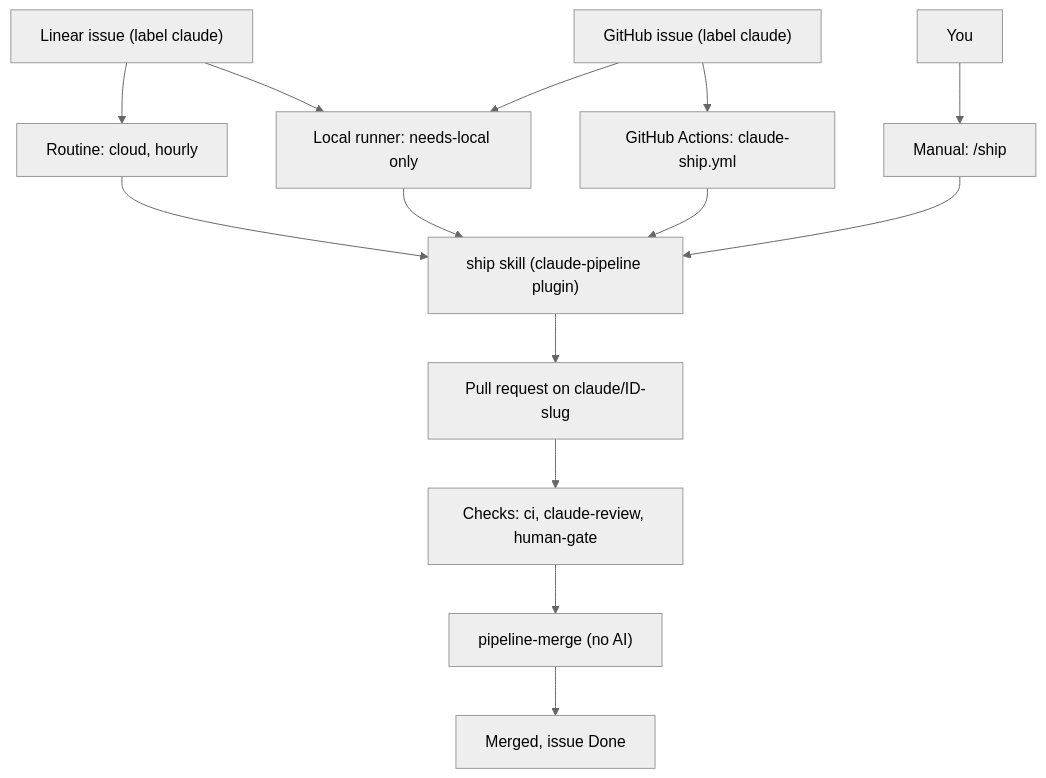
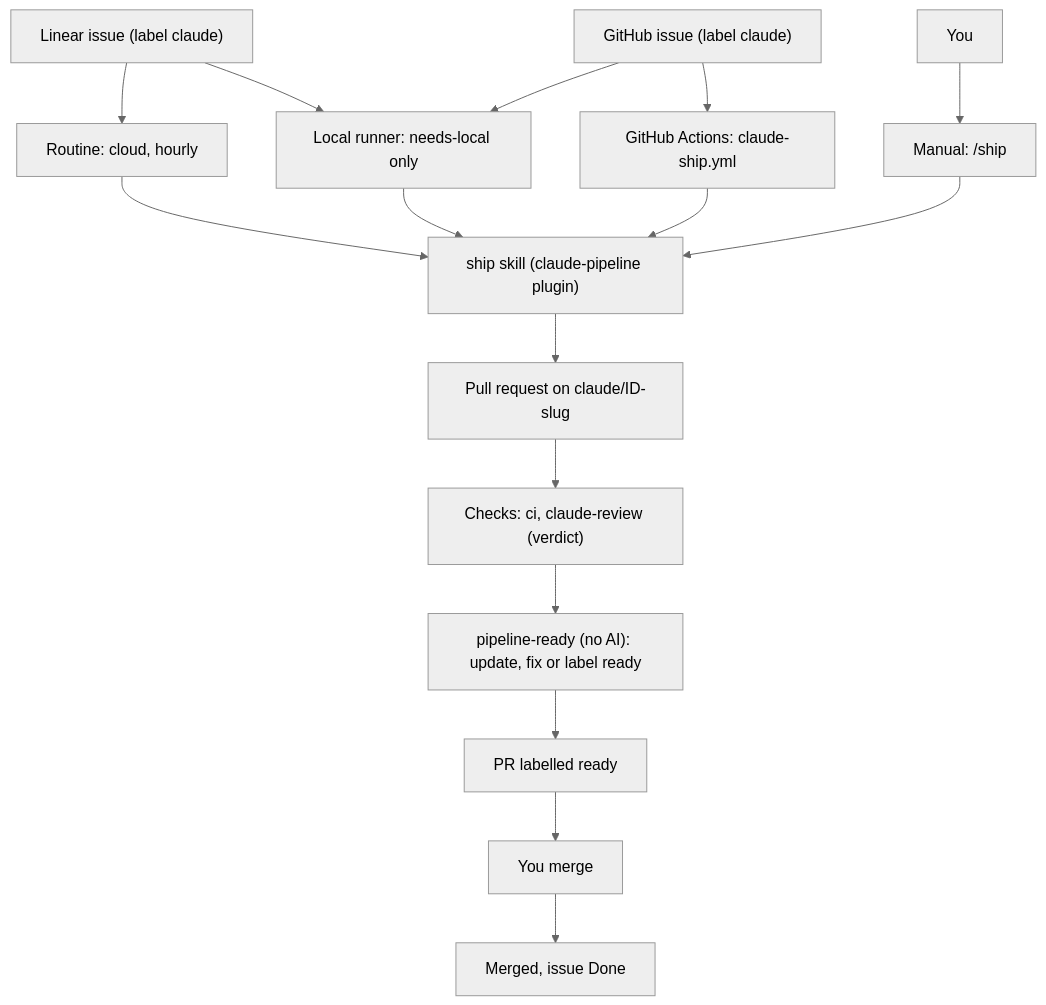
The first of 7 diagrams in plugins/claude-pipeline/docs/superpowers/specs/2026-09-24-claude-pipeline-design.md (AndresRubio/andres-skills), drawn with Mermaid (neutral theme) before and after one commit. The commit also changed other lines of this file, not shown here.

````diff
--- a/plugins/claude-pipeline/docs/superpowers/specs/2026-09-24-claude-pipeline-design.md
+++ b/plugins/claude-pipeline/docs/superpowers/specs/2026-09-24-claude-pipeline-design.md
@@ -71,13 +77,14 @@
 ```mermaid
 flowchart TD
     LI["Linear issue (label claude)"] --> RT["Routine: cloud, hourly"]
     LI --> LR["Local runner: needs-local only"]
     GI["GitHub issue (label claude)"] --> LR
     GI --> GA["GitHub Actions: claude-ship.yml"]
     YOU["You"] --> MAN["Manual: /ship"]
     RT & LR & GA & MAN --> SHIP["ship skill (claude-pipeline plugin)"]
     SHIP --> PR["Pull request on claude/ID-slug"]
-    PR --> GATE["Checks: ci, claude-review, human-gate"]
-    GATE --> PM["pipeline-merge (no AI)"]
-    PM --> DONE["Merged, issue Done"]
+    PR --> GATE["Checks: ci, claude-review (verdict)"]
+    GATE --> PRD["pipeline-ready (no AI): update, fix or label ready"]
+    PRD --> READY["PR labelled ready"]
+    READY --> YOU2["You merge"] --> DONE["Merged, issue Done"]
 ```
````
